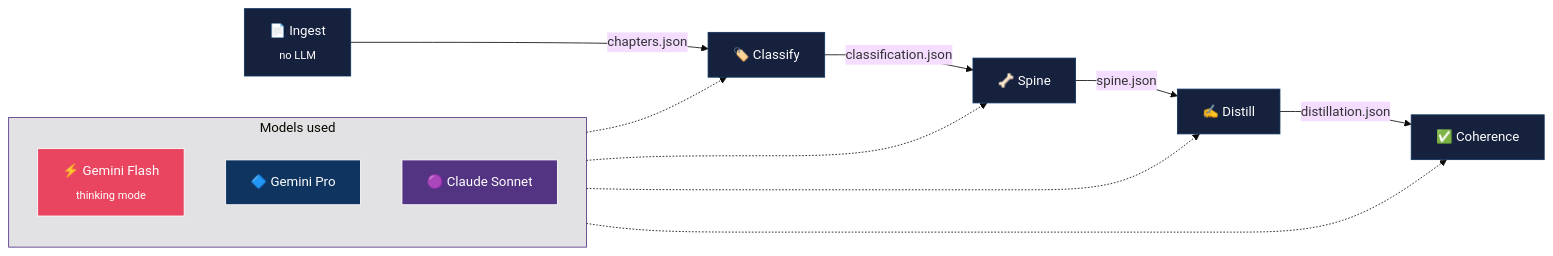
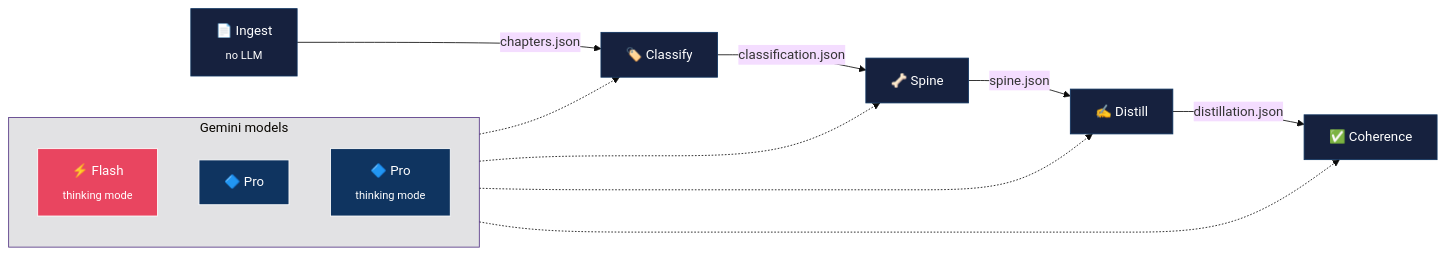
The second of 2 diagrams in README.md (8lianno/marrow), drawn with Mermaid (base theme) before and after one commit. The commit also changed other lines of this file and 7 other files, not shown here.

````diff
--- a/README.md
+++ b/README.md
@@ -90,32 +90,31 @@
 ```mermaid
 graph LR
-    subgraph MODELS ["Models used"]
+    subgraph MODELS ["Gemini models"]
         direction TB
-        FLASH["⚡ Gemini Flash<br/><sub>thinking mode</sub>"]:::flash
-        PRO["🔷 Gemini Pro"]:::pro
-        SONNET["🟣 Claude Sonnet"]:::sonnet
+        FLASH["⚡ Flash<br/><sub>thinking mode</sub>"]:::flash
+        PRO["🔷 Pro"]:::pro
+        PROT["🔷 Pro<br/><sub>thinking mode</sub>"]:::pro
     end
 
     I["📄 Ingest<br/><sub>no LLM</sub>"]:::stage
     C["🏷️ Classify"]:::stage
     S["🦴 Spine"]:::stage
     D["✍️ Distill"]:::stage
     V["✅ Coherence"]:::stage
 
     I -->|"chapters.json"| C
     C -->|"classification.json"| S
     S -->|"spine.json"| D
     D -->|"distillation.json"| V
 
     FLASH -.-> C
     FLASH -.-> S
     PRO -.-> D
-    SONNET -.-> V
+    PROT -.-> V
 
     classDef stage fill:#16213e,stroke:#0f3460,color:#fff
     classDef flash fill:#e94560,stroke:#fff,color:#fff
     classDef pro fill:#0f3460,stroke:#fff,color:#fff
-    classDef sonnet fill:#533483,stroke:#fff,color:#fff
 
     style MODELS fill:#1a1a2e20,stroke:#533483,stroke-width:1px
 ```
````
